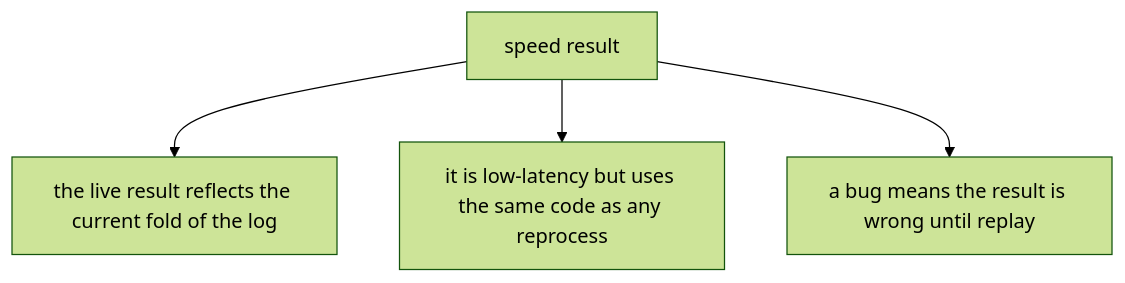
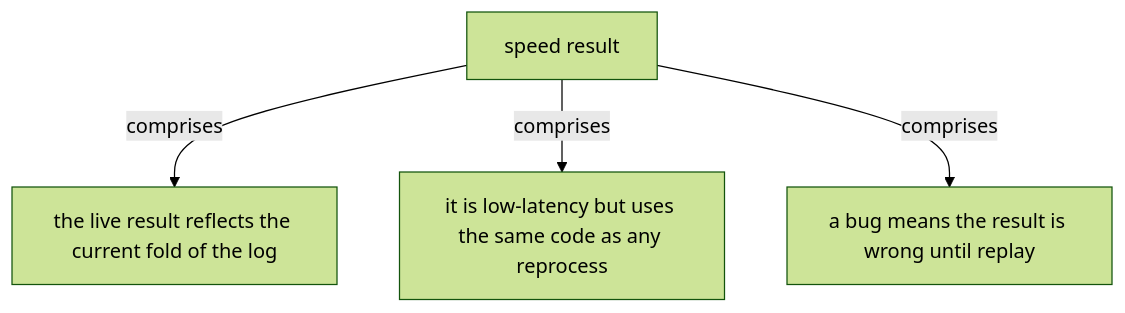
Before and after one commit to vinayakuber/streaming-systems-study-guide: the sixth of 19 diagrams in docs/ch10-the-evolution-of-large-scale-data-processing.md, drawn with Mermaid (forest theme). The commit also changed other lines of this file and 22 other files, not shown here.

First line of the commit message:
R18: label every diagram arrow with its meaning

````diff
--- a/docs/ch10-the-evolution-of-large-scale-data-processing.md
+++ b/docs/ch10-the-evolution-of-large-scale-data-processing.md
@@ -167,7 +167,7 @@
 ```mermaid
 flowchart TD
   R["speed result"]
-  R --> P0["the live result reflects the current fold of the log"]
-  R --> P1["it is low-latency but uses the same code as any reprocess"]
-  R --> P2["a bug means the result is wrong until replay"]
+  R -->|"comprises"| P0["the live result reflects the current fold of the log"]
+  R -->|"comprises"| P1["it is low-latency but uses the same code as any reprocess"]
+  R -->|"comprises"| P2["a bug means the result is wrong until replay"]
 ```
````
